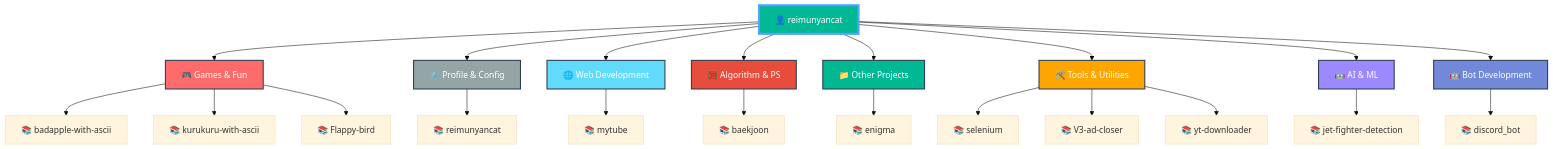
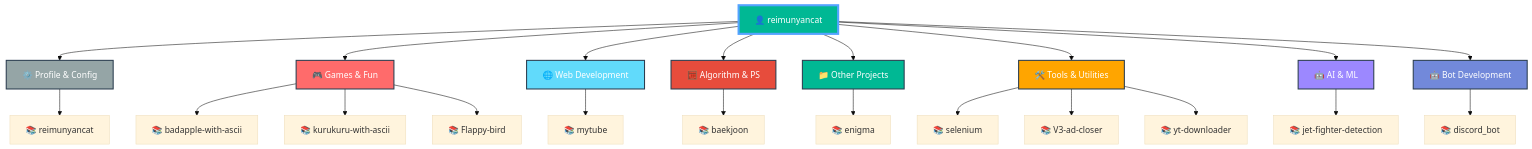
Before and after one commit to reimunyancat/reimunyancat: the diagram in README.md, drawn with Mermaid (base theme).

Commit message:
🤖 Auto-update README with latest repositories

````diff
--- a/README.md
+++ b/README.md
@@ -159,42 +159,42 @@
 ```mermaid
 graph TD
   A[👤 reimunyancat]
 
-  A --> CAT0[🎮 Games & Fun]
-  CAT0 --> CAT0_0[📚 badapple-with-ascii]
-  CAT0 --> CAT0_1[📚 kurukuru-with-ascii]
-  CAT0 --> CAT0_2[📚 Flappy-bird]
+  A --> CAT0[⚙️ Profile & Config]
+  CAT0 --> CAT0_0[📚 reimunyancat]
 
-  A --> CAT1[⚙️ Profile & Config]
-  CAT1 --> CAT1_0[📚 reimunyancat]
+  A --> CAT1[🎮 Games & Fun]
+  CAT1 --> CAT1_0[📚 badapple-with-ascii]
+  CAT1 --> CAT1_1[📚 kurukuru-with-ascii]
+  CAT1 --> CAT1_2[📚 Flappy-bird]
 
   A --> CAT2[🌐 Web Development]
   CAT2 --> CAT2_0[📚 mytube]
 
   A --> CAT3[🧮 Algorithm & PS]
   CAT3 --> CAT3_0[📚 baekjoon]
 
   A --> CAT4[📁 Other Projects]
   CAT4 --> CAT4_0[📚 enigma]
 
   A --> CAT5[🛠️ Tools & Utilities]
   CAT5 --> CAT5_0[📚 selenium]
   CAT5 --> CAT5_1[📚 V3-ad-closer]
   CAT5 --> CAT5_2[📚 yt-downloader]
 
   A --> CAT6[🤖 AI & ML]
   CAT6 --> CAT6_0[📚 jet-fighter-detection]
 
   A --> CAT7[🤖 Bot Development]
   CAT7 --> CAT7_0[📚 discord_bot]
 
   style A fill:#00b894,stroke:#55a3ff,stroke-width:4px,color:#fff
-  style CAT0 fill:#ff6b6b,stroke:#2c3e50,stroke-width:2px,color:#fff
-  style CAT1 fill:#95a5a6,stroke:#2c3e50,stroke-width:2px,color:#fff
+  style CAT0 fill:#95a5a6,stroke:#2c3e50,stroke-width:2px,color:#fff
+  style CAT1 fill:#ff6b6b,stroke:#2c3e50,stroke-width:2px,color:#fff
   style CAT2 fill:#61dafb,stroke:#2c3e50,stroke-width:2px,color:#fff
   style CAT3 fill:#e74c3c,stroke:#2c3e50,stroke-width:2px,color:#fff
   style CAT4 fill:#00b894,stroke:#2c3e50,stroke-width:2px,color:#fff
   style CAT5 fill:#ffa500,stroke:#2c3e50,stroke-width:2px,color:#fff
   style CAT6 fill:#9c88ff,stroke:#2c3e50,stroke-width:2px,color:#fff
   style CAT7 fill:#7289da,stroke:#2c3e50,stroke-width:2px,color:#fff
 ```
````
